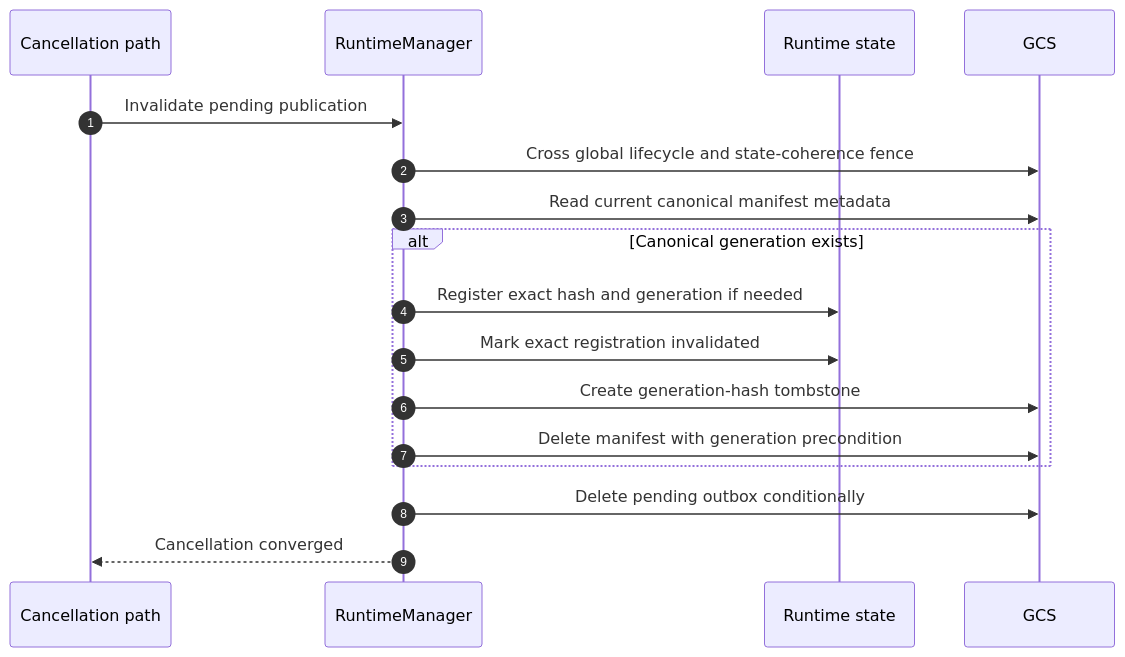
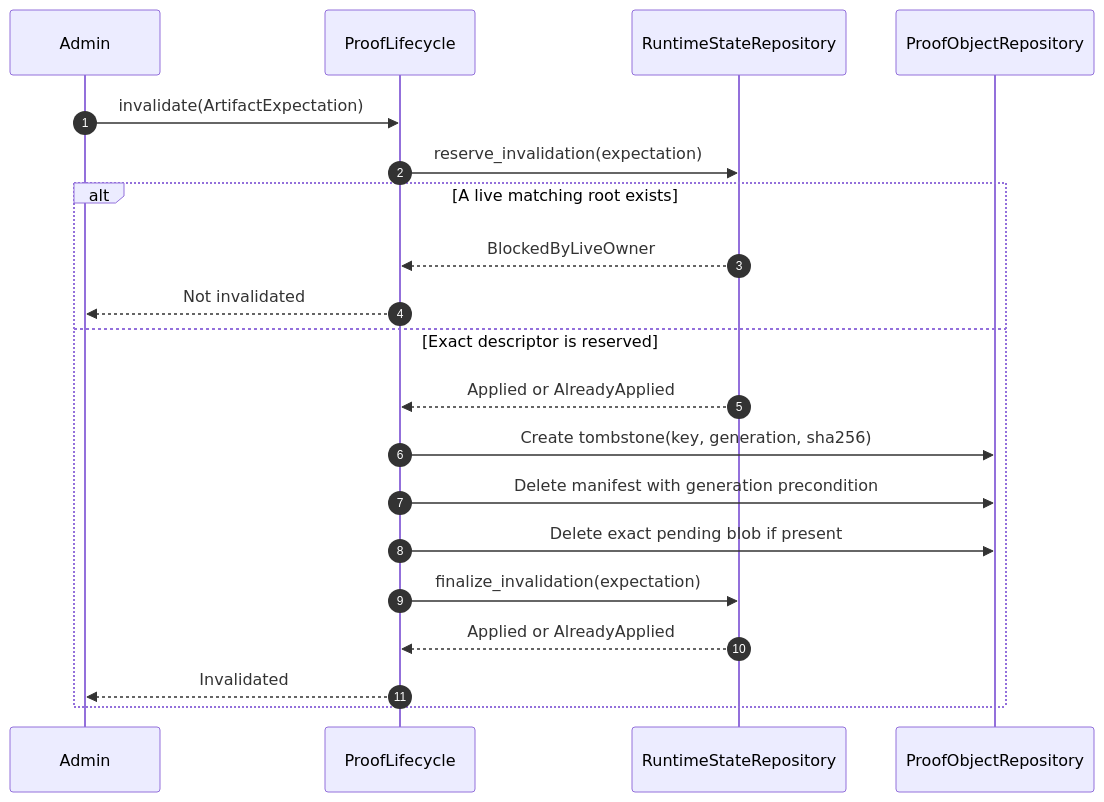
One commit to taikoxyz/raiko2 changed the ninth of 13 diagrams in docs/architecture.md. Above: the diagram before and after it, drawn with Mermaid. The commit also changed other lines of this file and 37 other files, not shown here.

Commit message:
fix(runtime): unify proof lifecycle ownership

````diff
--- a/docs/architecture.md
+++ b/docs/architecture.md
@@ -326,20 +427,23 @@
 ```mermaid
 sequenceDiagram
   autonumber
-  participant Cancel as Cancellation path
-  participant Runtime as RuntimeManager
-  participant State as Runtime state
-  participant GCS
+  participant Admin
+  participant Lifecycle as ProofLifecycle
+  participant State as RuntimeStateRepository
+  participant Objects as ProofObjectRepository
 
-  Cancel->>Runtime: Invalidate pending publication
-  Runtime->>GCS: Cross global lifecycle and state-coherence fence
-  Runtime->>GCS: Read current canonical manifest metadata
-  alt Canonical generation exists
-    Runtime->>State: Register exact hash and generation if needed
-    Runtime->>State: Mark exact registration invalidated
-    Runtime->>GCS: Create generation-hash tombstone
-    Runtime->>GCS: Delete manifest with generation precondition
+  Admin->>Lifecycle: invalidate(ArtifactExpectation)
+  Lifecycle->>State: reserve_invalidation(expectation)
+  alt A live matching root exists
+    State-->>Lifecycle: BlockedByLiveOwner
+    Lifecycle-->>Admin: Not invalidated
+  else Exact descriptor is reserved
+    State-->>Lifecycle: Applied or AlreadyApplied
+    Lifecycle->>Objects: Create tombstone(key, generation, sha256)
+    Lifecycle->>Objects: Delete manifest with generation precondition
+    Lifecycle->>Objects: Delete exact pending blob if present
+    Lifecycle->>State: finalize_invalidation(expectation)
+    State-->>Lifecycle: Applied or AlreadyApplied
+    Lifecycle-->>Admin: Invalidated
   end
-  Runtime->>GCS: Delete pending outbox conditionally
-  Runtime-->>Cancel: Cancellation converged
 ```
````
